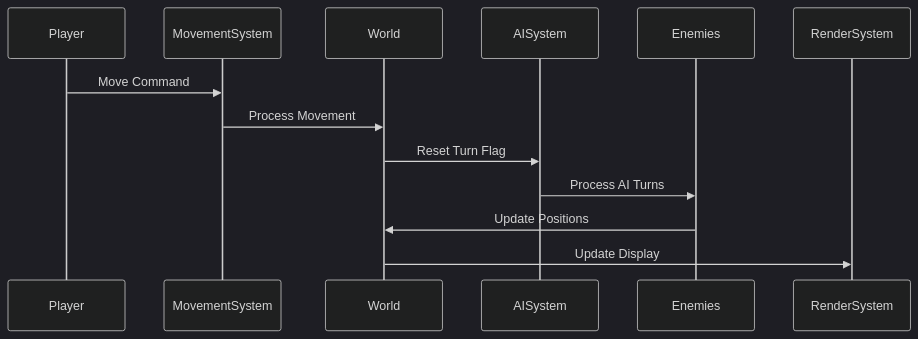
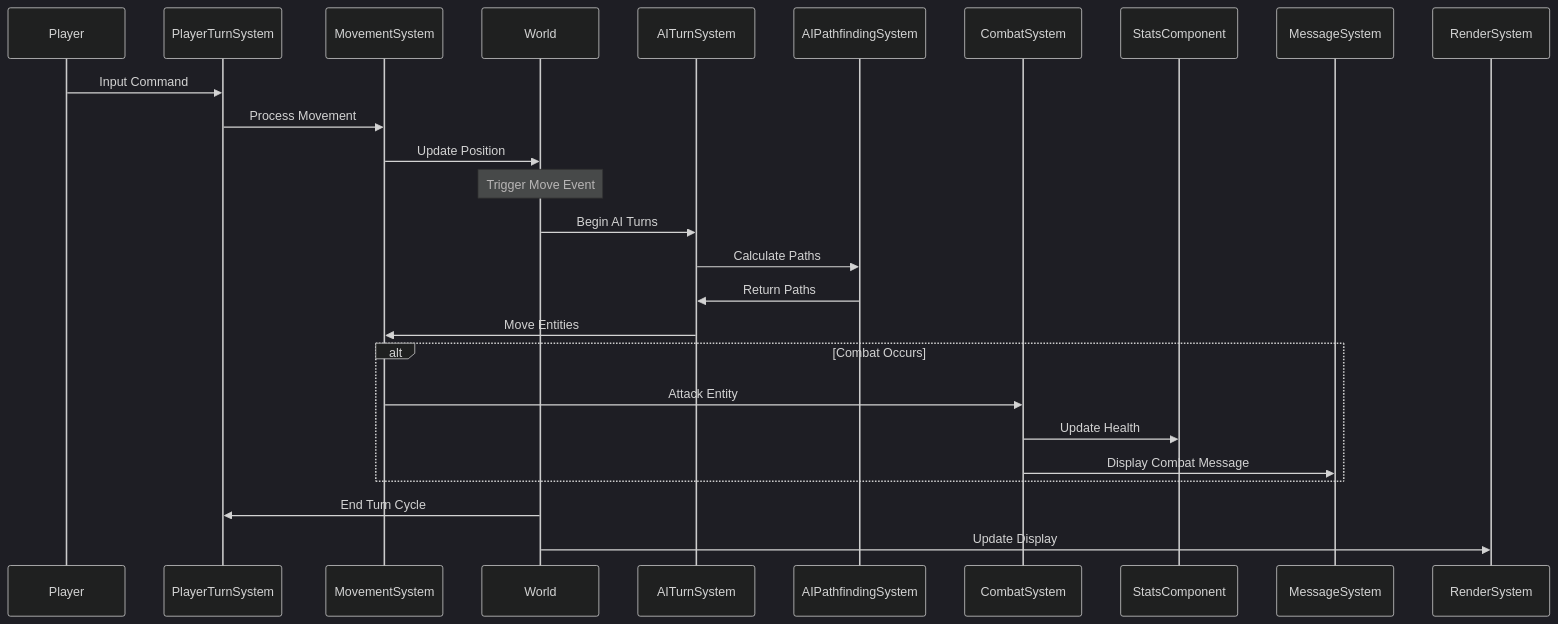
One commit to denialofself/Gearworld changed the sixth of 6 diagrams in README.md. Above: the diagram before and after it, drawn with Mermaid (dark theme). The commit also changed other lines of this file and 16 other files, not shown here.

````diff
--- a/README.md
+++ b/README.md
@@ -164,9 +257,21 @@
 ```mermaid
 sequenceDiagram
-    Player->>MovementSystem: Move Command
-    MovementSystem->>World: Process Movement
-    World->>AISystem: Reset Turn Flag
-    AISystem->>Enemies: Process AI Turns
-    Enemies->>World: Update Positions
+    Player->>PlayerTurnSystem: Input Command
+    PlayerTurnSystem->>MovementSystem: Process Movement
+    MovementSystem->>World: Update Position
+    Note over World: Trigger Move Event
+    
+    World->>AITurnSystem: Begin AI Turns
+    AITurnSystem->>AIPathfindingSystem: Calculate Paths
+    AIPathfindingSystem->>AITurnSystem: Return Paths
+    AITurnSystem->>MovementSystem: Move Entities
+    
+    alt Combat Occurs
+        MovementSystem->>CombatSystem: Attack Entity
+        CombatSystem->>StatsComponent: Update Health
+        CombatSystem->>MessageSystem: Display Combat Message
+    end
+    
+    World->>PlayerTurnSystem: End Turn Cycle
     World->>RenderSystem: Update Display
 ```
````
